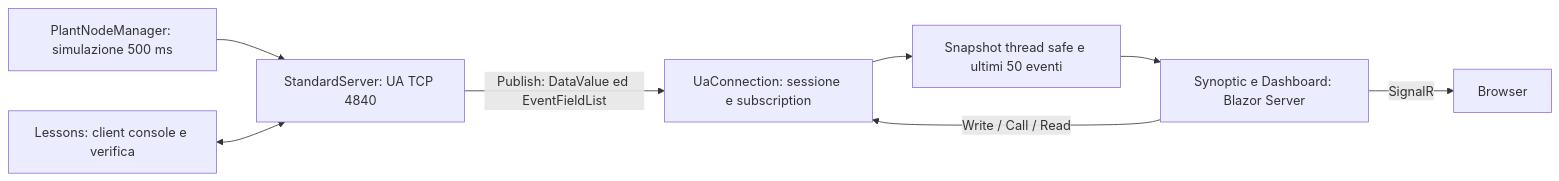
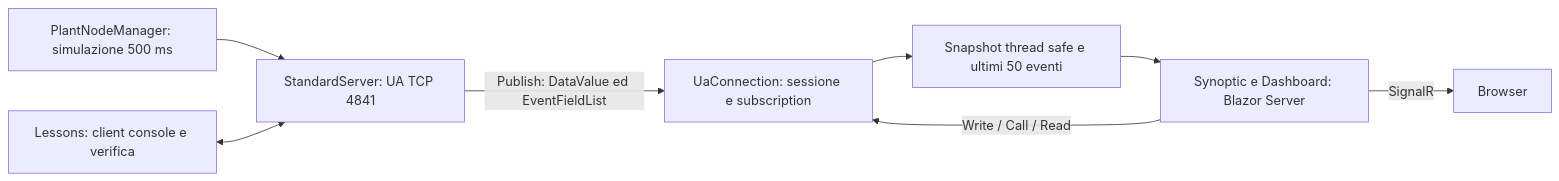
Before and after one commit to marcoparenzan/IndustrialSimExperiments: the diagram in docs/opcua-course/ARCHITECTURE.md, drawn with Mermaid. The commit also changed 10 other files, not shown here.

````diff
--- a/docs/opcua-course/ARCHITECTURE.md
+++ b/docs/opcua-course/ARCHITECTURE.md
@@ -5,10 +5,10 @@
 ```mermaid
 flowchart LR
-    Sim[PlantNodeManager: simulazione 500 ms] --> UA[StandardServer: UA TCP 4840]
+    Sim[PlantNodeManager: simulazione 500 ms] --> UA[StandardServer: UA TCP 4841]
     UA -->|Publish: DataValue ed EventFieldList| Conn[UaConnection: sessione e subscription]
     Conn --> Cache[Snapshot thread safe e ultimi 50 eventi]
     Cache --> UI[Synoptic e Dashboard: Blazor Server]
     UI -->|SignalR| Browser[Browser]
     UI -->|Write / Call / Read| Conn
     Console[Lessons: client console e verifica] <--> UA
 ```
````
